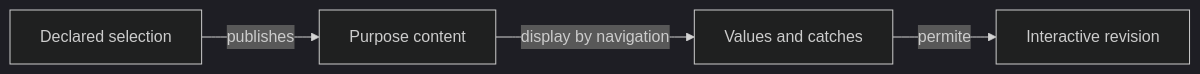
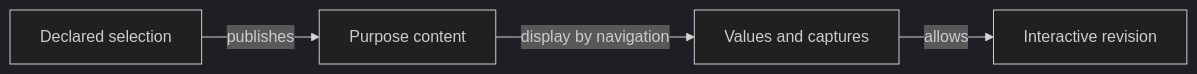
Before and after one commit to crististefanita/atf_j4: the second of 2 diagrams in docs/reporting/ATF_Presentation.md, drawn with Mermaid (dark theme). The commit also changed other lines of this file and 126 other files, not shown here.

````diff
--- a/docs/reporting/ATF_Presentation.md
+++ b/docs/reporting/ATF_Presentation.md
@@ -84,6 +84,6 @@
 ```mermaid
 flowchart LR
     SELECT[Declared selection] -->|publishes| HTML[Purpose content]
-    HTML -->|display by navigation| VISIBLE[Values and catches]
-    VISIBLE -->|permite| AUDIT[Interactive revision]
+    HTML -->|display by navigation| VISIBLE[Values and captures]
+    VISIBLE -->|allows| AUDIT[Interactive revision]
 ```
````
